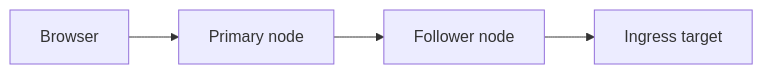
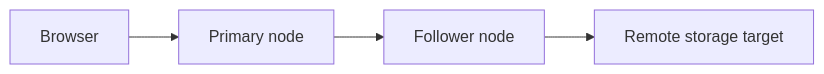
The second of 4 diagrams in docs/en/storage/remote-follower.md (EleProCoress/AsterDrive), drawn with Mermaid before and after one commit. The commit also changed other lines of this file and 61 other files, not shown here.

````diff
--- a/docs/en/storage/remote-follower.md
+++ b/docs/en/storage/remote-follower.md
@@ -165,4 +166,4 @@
 ```mermaid
 flowchart LR
-  Browser["Browser"] --> Primary["Primary node"] --> Follower["Follower node"] --> Ingress["Ingress target"]
+  Browser["Browser"] --> Primary["Primary node"] --> Follower["Follower node"] --> Target["Remote storage target"]
 ```
````
